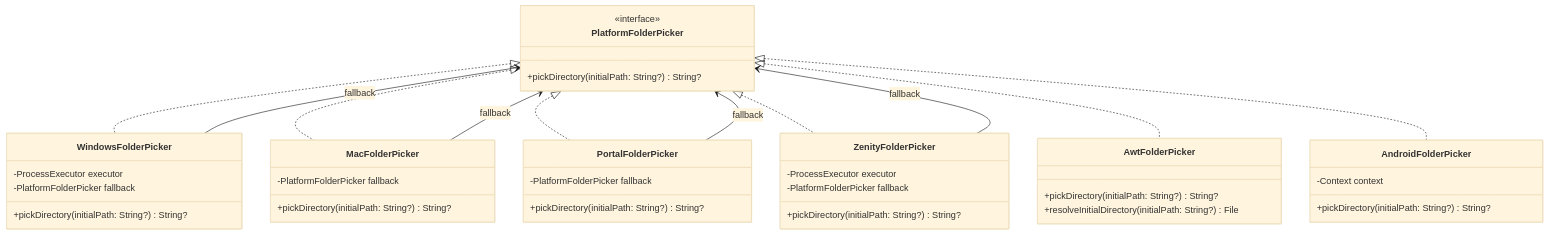
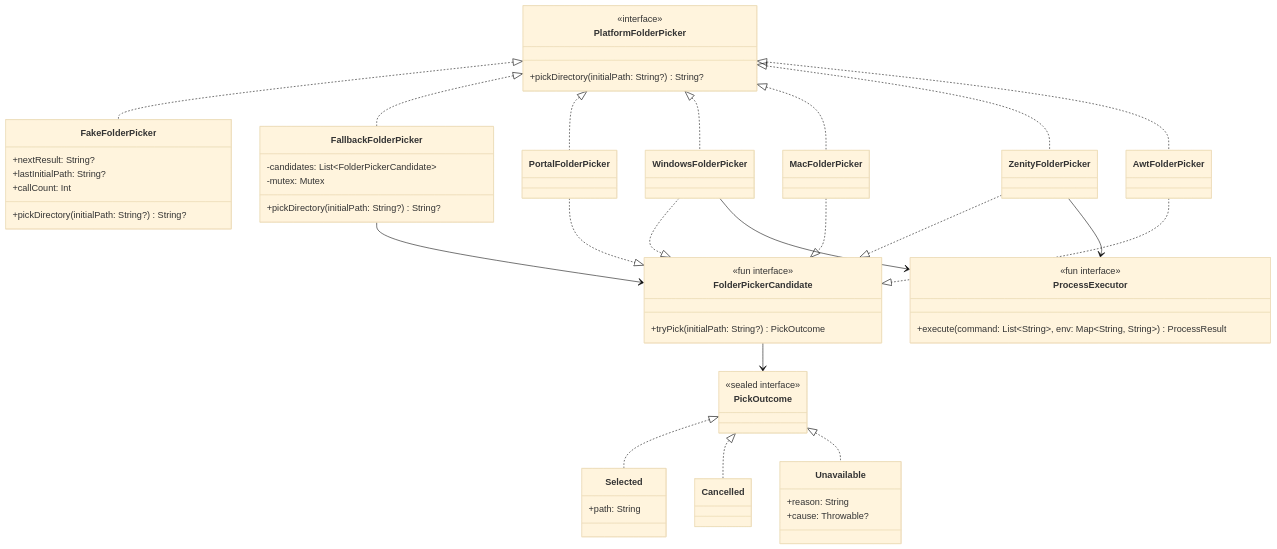
One commit to gidragir/mimir changed the diagram in docs/superpowers/specs/2026-11-04-cross-platform-native-folder-picker-design.md. Above: the diagram before and after it, drawn with Mermaid (base theme). The commit also changed other lines of this file and 1 other file, not shown here.

Commit message:
docs: add native folder picker spec update and implementation plan

````diff
--- a/docs/superpowers/specs/2026-11-04-cross-platform-native-folder-picker-design.md
+++ b/docs/superpowers/specs/2026-11-04-cross-platform-native-folder-picker-design.md
@@ -92,51 +91,64 @@
 ```mermaid
 classDiagram
     class PlatformFolderPicker {
         <<interface>>
         +pickDirectory(initialPath: String?) String?
     }
 
-    class WindowsFolderPicker {
-        -ProcessExecutor executor
-        -PlatformFolderPicker fallback
+    class FakeFolderPicker {
+        +nextResult: String?
+        +lastInitialPath: String?
+        +callCount: Int
         +pickDirectory(initialPath: String?) String?
     }
 
-    class MacFolderPicker {
-        -PlatformFolderPicker fallback
+    class FolderPickerCandidate {
+        <<fun interface>>
+        +tryPick(initialPath: String?) PickOutcome
+    }
+
+    class PickOutcome {
+        <<sealed interface>>
+    }
+    class Selected {
+        +path: String
+    }
+    class Cancelled
+    class Unavailable {
+        +reason: String
+        +cause: Throwable?
+    }
+
+    class FallbackFolderPicker {
+        -candidates: List~FolderPickerCandidate~
+        -mutex: Mutex
         +pickDirectory(initialPath: String?) String?
     }
 
-    class PortalFolderPicker {
-        -PlatformFolderPicker fallback
-        +pickDirectory(initialPath: String?) String?
+    class ProcessExecutor {
+        <<fun interface>>
+        +execute(command: List~String~, env: Map~String, String~) ProcessResult
     }
 
-    class ZenityFolderPicker {
-        -ProcessExecutor executor
-        -PlatformFolderPicker fallback
-        +pickDirectory(initialPath: String?) String?
-    }
-
-    class AwtFolderPicker {
-        +pickDirectory(initialPath: String?) String?
-        +resolveInitialDirectory(initialPath: String?) File
-    }
-
-    class AndroidFolderPicker {
-        -Context context
-        +pickDirectory(initialPath: String?) String?
-    }
-
+    PlatformFolderPicker <|.. FakeFolderPicker
+    PlatformFolderPicker <|.. FallbackFolderPicker
+    PlatformFolderPicker <|.. PortalFolderPicker
     PlatformFolderPicker <|.. WindowsFolderPicker
     PlatformFolderPicker <|.. MacFolderPicker
-    PlatformFolderPicker <|.. PortalFolderPicker
     PlatformFolderPicker <|.. ZenityFolderPicker
     PlatformFolderPicker <|.. AwtFolderPicker
-    PlatformFolderPicker <|.. AndroidFolderPicker
 
-    WindowsFolderPicker --> PlatformFolderPicker : fallback
-    MacFolderPicker --> PlatformFolderPicker : fallback
-    PortalFolderPicker --> PlatformFolderPicker : fallback
-    ZenityFolderPicker --> PlatformFolderPicker : fallback
+    PickOutcome <|.. Selected
+    PickOutcome <|.. Cancelled
+    PickOutcome <|.. Unavailable
+
+    FallbackFolderPicker --> FolderPickerCandidate
+    FolderPickerCandidate --> PickOutcome
+    WindowsFolderPicker ..|> FolderPickerCandidate
+    MacFolderPicker ..|> FolderPickerCandidate
+    PortalFolderPicker ..|> FolderPickerCandidate
+    ZenityFolderPicker ..|> FolderPickerCandidate
+    AwtFolderPicker ..|> FolderPickerCandidate
+    WindowsFolderPicker --> ProcessExecutor
+    ZenityFolderPicker --> ProcessExecutor
 ```
````
